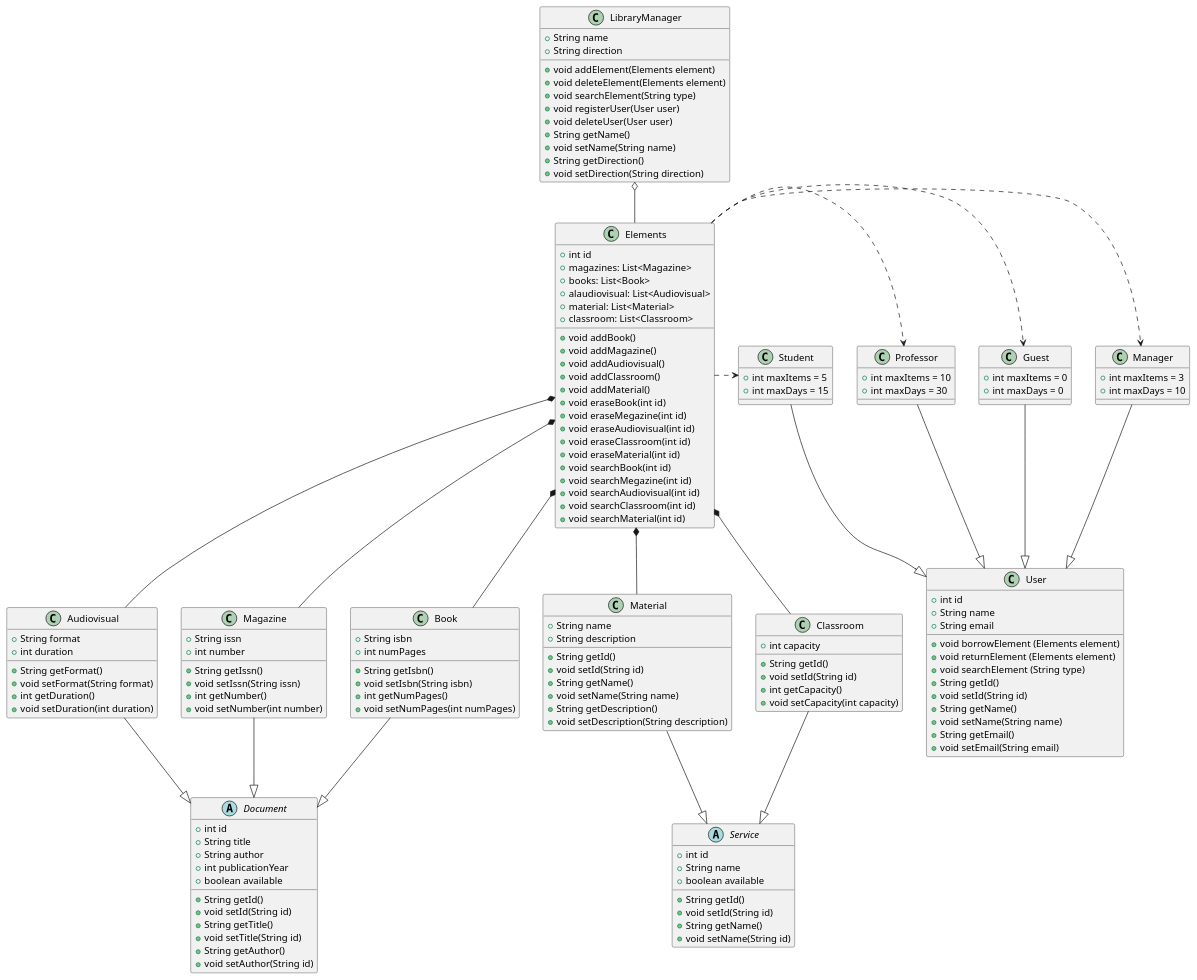
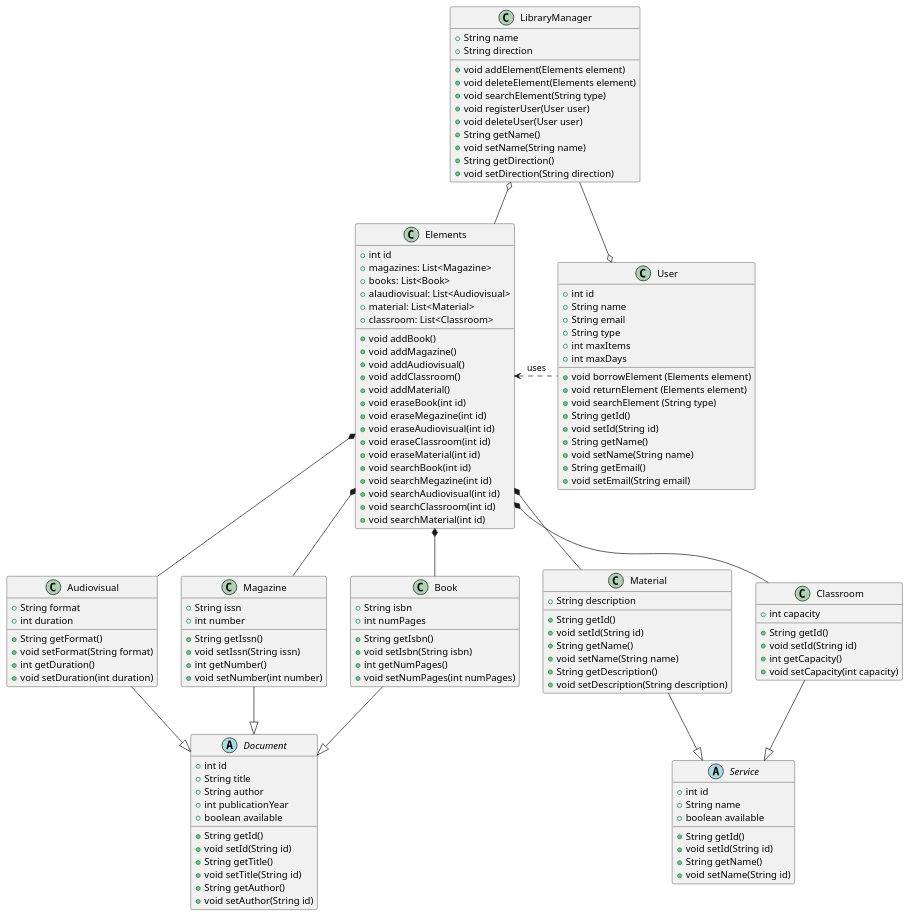
The diagram in modelosUML/DiagramaDeClases.puml (sara-patino/24-25-IdSw2-SDD), drawn with PlantUML before and after one commit.

```diff
--- a/modelosUML/DiagramaDeClases.puml
+++ b/modelosUML/DiagramaDeClases.puml
@@ -1,167 +1,143 @@
 @startuml
 
 LibraryManager o-- Elements
+LibraryManager --o User
+Elements <.right. User : uses
 Elements *-- Book
 Elements *-- Magazine
 Elements *-- Material
 Elements *-- Classroom
 Elements *-- Audiovisual
 Service <|-up- Classroom
 Service <|-up- Material
 Document <|-up- Book
 Document <|-up- Magazine
 Document <|-up- Audiovisual
-User <|-up- Student
-User <|-up- Professor
-User <|-up- Guest
-User <|-up- Manager
-Manager <.left. Elements
-Student <.left. Elements
-Professor <.left. Elements
-Guest <.left. Elements
 
 class Material {
-    +String name
     +String description
     +String getId()
     +void setId(String id)
     +String getName()
     +void setName(String name)
     +String getDescription()
     +void setDescription(String description)
 }
 
 class Elements {
     +int id
     +magazines: List<Magazine> 
     +books: List<Book> 
     +alaudiovisual: List<Audiovisual>
     +material: List<Material>
     +classroom: List<Classroom>
     +void addBook()
     +void addMagazine()
     +void addAudiovisual()
     +void addClassroom()
     +void addMaterial()
     +void eraseBook(int id)
     +void eraseMegazine(int id)
     +void eraseAudiovisual(int id)
     +void eraseClassroom(int id)
     +void eraseMaterial(int id)
     +void searchBook(int id)
     +void searchMegazine(int id)
     +void searchAudiovisual(int id)
     +void searchClassroom(int id)
     +void searchMaterial(int id)
 }
 
 abstract class Document {
     +int id
     +String title
     +String author
     +int publicationYear
     +boolean available
     +String getId()
     +void setId(String id)
     +String getTitle()
     +void setTitle(String id)
     +String getAuthor()
     +void setAuthor(String id)
     
 }
 
 class User {
     +int id
     +String name
     +String email
+    +String type
+    +int maxItems
+    +int maxDays
     +void borrowElement (Elements element)
     +void returnElement (Elements element)
     +void searchElement (String type)
     +String getId()
     +void setId(String id)
     +String getName()
     +void setName(String name)
     +String getEmail()
     +void setEmail(String email)
 }
 
 class Book {
     +String isbn
     +int numPages
     +String getIsbn()
     +void setIsbn(String isbn)
     +int getNumPages()
     +void setNumPages(int numPages)
 }
 
 class Classroom {
     +int capacity
     +String getId()
     +void setId(String id)
     +int getCapacity()
     +void setCapacity(int capacity)
 }
 
 abstract class Service {
     +int id
     +String name
     +boolean available
     +String getId()
     +void setId(String id)
     +String getName()
     +void setName(String id)
 }
 
 class Magazine {
     +String issn
     +int number
     +String getIssn()
     +void setIssn(String issn)
     +int getNumber()
     +void setNumber(int number)
 }
 
 class Audiovisual {
     +String format
     +int duration
     +String getFormat()
     +void setFormat(String format)
     +int getDuration()
     +void setDuration(int duration)
 }
 
 class LibraryManager {
     +String name
     +String direction
     +void addElement(Elements element)
     +void deleteElement(Elements element)
     +void searchElement(String type)
     +void registerUser(User user)
     +void deleteUser(User user)
     +String getName()
     +void setName(String name)
     +String getDirection()
     +void setDirection(String direction)
 }
 
-class Student{
-    +int maxItems = 5
-    +int maxDays = 15
-}
-
-class Professor{
-    +int maxItems = 10
-    +int maxDays = 30
-}
-
-class Manager{
-    +int maxItems = 3
-    +int maxDays = 10
-}
-
-class Guest{
-    +int maxItems = 0
-    +int maxDays = 0
-}
-
 @enduml
```
